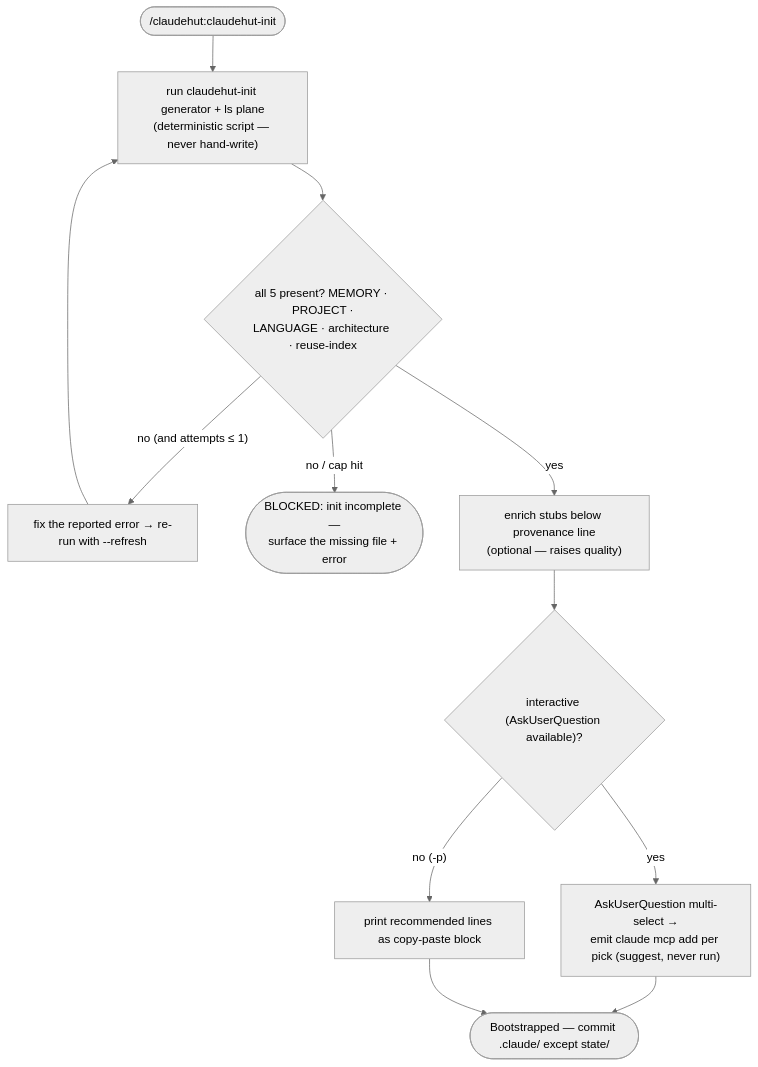
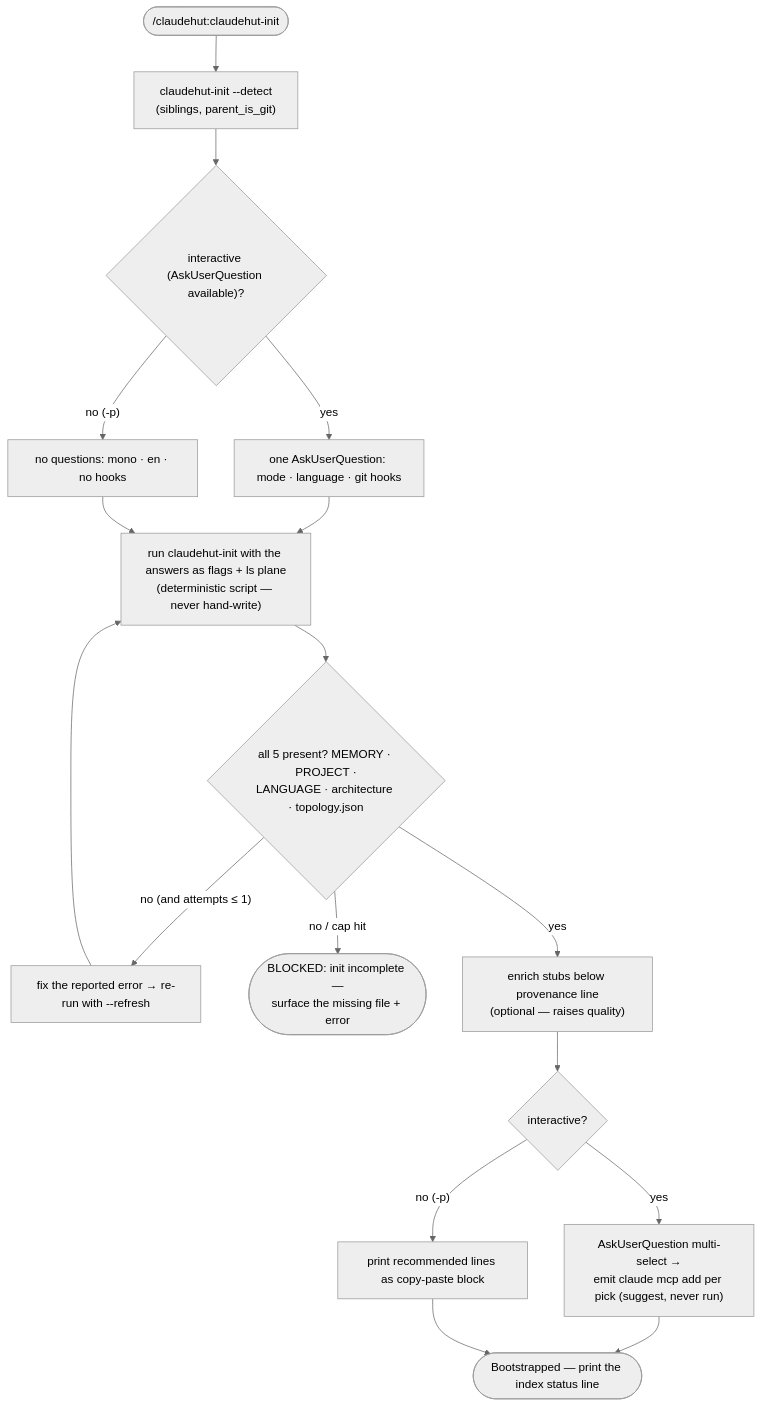
The diagram in skills/claudehut-init/SKILL.md (taipt1504/claudehut), drawn with Mermaid (neutral theme) before and after one commit. The commit also changed other lines of this file and 57 other files, not shown here.

````diff
--- a/skills/claudehut-init/SKILL.md
+++ b/skills/claudehut-init/SKILL.md
@@ -15,14 +15,19 @@
 ```mermaid
 flowchart TB
-  start(["/claudehut:claudehut-init"]) --> gen["run claudehut-init generator + ls plane<br/>(deterministic script — never hand-write)"]
-  gen --> verify{"all 5 present? MEMORY · PROJECT ·<br/>LANGUAGE · architecture · reuse-index"}
+  start(["/claudehut:claudehut-init"]) --> det["claudehut-init --detect<br/>(siblings, parent_is_git)"]
+  det --> ask{"interactive (AskUserQuestion available)?"}
+  ask -- "yes" --> q["one AskUserQuestion: mode · language · git hooks"]
+  ask -- "no (-p)" --> dflt["no questions: mono · en · no hooks"]
+  q --> gen["run claudehut-init with the answers as flags + ls plane<br/>(deterministic script — never hand-write)"]
+  dflt --> gen
+  gen --> verify{"all 5 present? MEMORY · PROJECT ·<br/>LANGUAGE · architecture · topology.json"}
   verify -- "no (and attempts ≤ 1)" --> fix["fix the reported error → re-run with --refresh"]
   fix --> gen
   verify -- "no / cap hit" --> halt(["BLOCKED: init incomplete —<br/>surface the missing file + error"])
   verify -- "yes" --> enrich["enrich stubs below provenance line<br/>(optional — raises quality)"]
-  enrich --> mcp{"interactive (AskUserQuestion available)?"}
-  mcp -- "yes" --> ask["AskUserQuestion multi-select →<br/>emit claude mcp add per pick (suggest, never run)"]
+  enrich --> mcp{"interactive?"}
+  mcp -- "yes" --> askm["AskUserQuestion multi-select →<br/>emit claude mcp add per pick (suggest, never run)"]
   mcp -- "no (-p)" --> block["print recommended lines as copy-paste block"]
-  ask --> fin(["Bootstrapped — commit .claude/ except state/"])
+  askm --> fin(["Bootstrapped — print the index status line"])
   block --> fin
 ```
````
